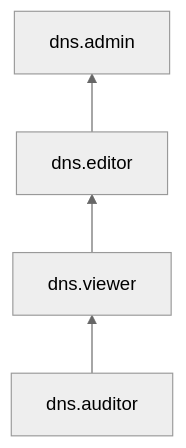
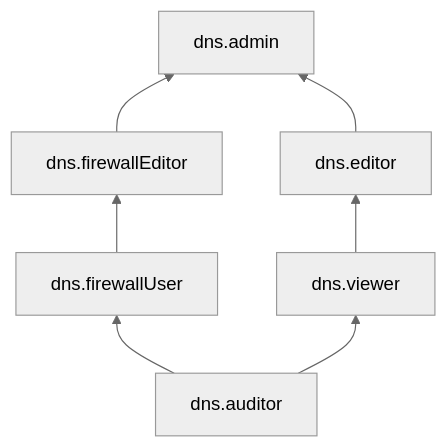
Before and after one commit to yandex-cloud/docs: the diagram in en/_mermaid/roles/dns.md, drawn with Mermaid (neutral theme). The commit also changed 190 other files, not shown here.

````diff
--- a/en/_mermaid/roles/dns.md
+++ b/en/_mermaid/roles/dns.md
@@ -1,6 +1,9 @@
 ```mermaid
 flowchart BT
     dns.auditor --> dns.viewer
+    dns.auditor --> dns.firewallUser
+    dns.firewallUser --> dns.firewallEditor
+    dns.firewallEditor --> dns.admin
     dns.viewer --> dns.editor
     dns.editor --> dns.admin
 ```
````
